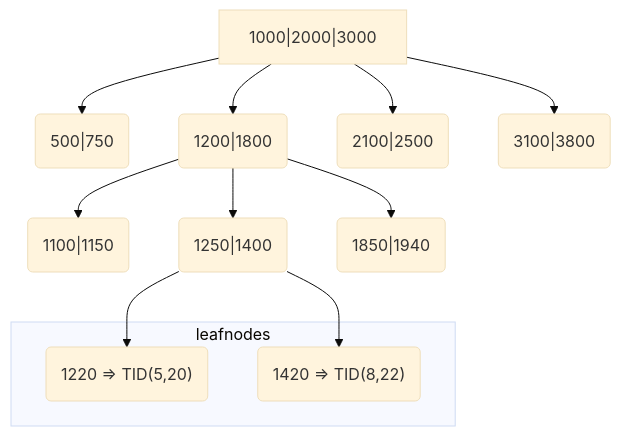
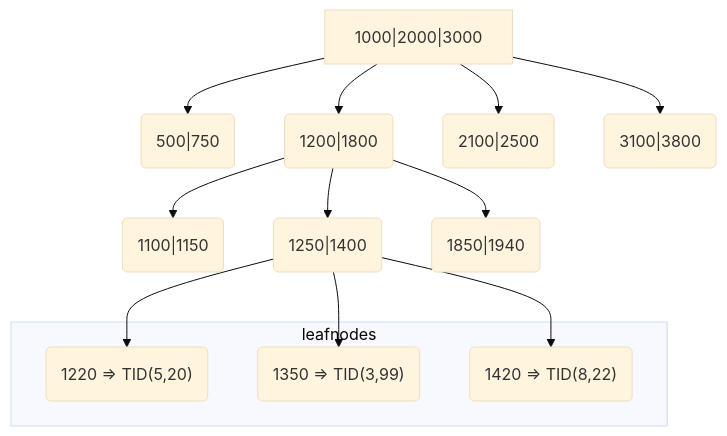
The diagram in Workshops/Workshop 5 - Optimalisation/2 - Indexing.md (hogeschool/Data-Technologies-public), drawn with Mermaid (base theme) before and after one commit.

Commit message:
Update 2 - Indexing.md

````diff
--- a/Workshops/Workshop 5 - Optimalisation/2 - Indexing.md
+++ b/Workshops/Workshop 5 - Optimalisation/2 - Indexing.md
@@ -23,17 +23,19 @@
 ```mermaid
 flowchart TD
     A[1000&vert;2000&vert;3000] --> B(500&vert;750)
     A --> C(1200&vert;1800)    
     A --> E(2100&vert;2500)        
     A --> G(3100&vert;3800)
     C --> H(1100&vert;1150)    
     C --> I(1250&vert;1400)
     C --> J(1850&vert;1940)
     I --> K(1220 => TID&lpar;5,20&rpar;)
-    I --> L(1420 => TID&lpar;8,22&rpar;)                
+    I --> L(1350 => TID&lpar;3,99&rpar;)
+    I --> M(1420 => TID&lpar;8,22&rpar;)                
     
     subgraph leafnodes
     K
     L
+    M
     end
 ```
````
